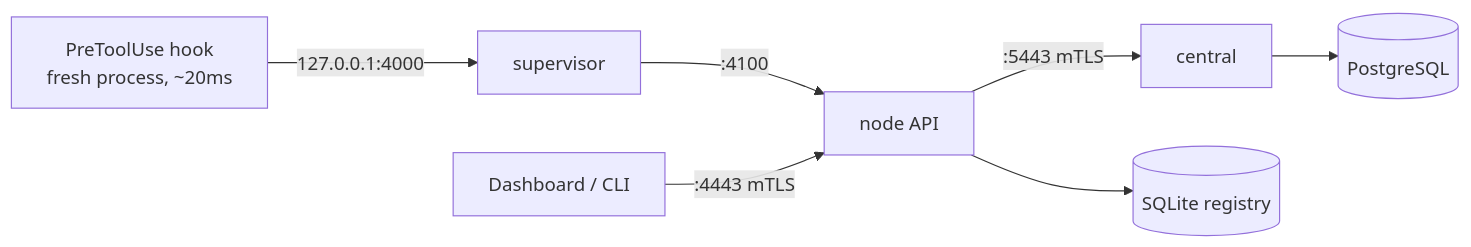
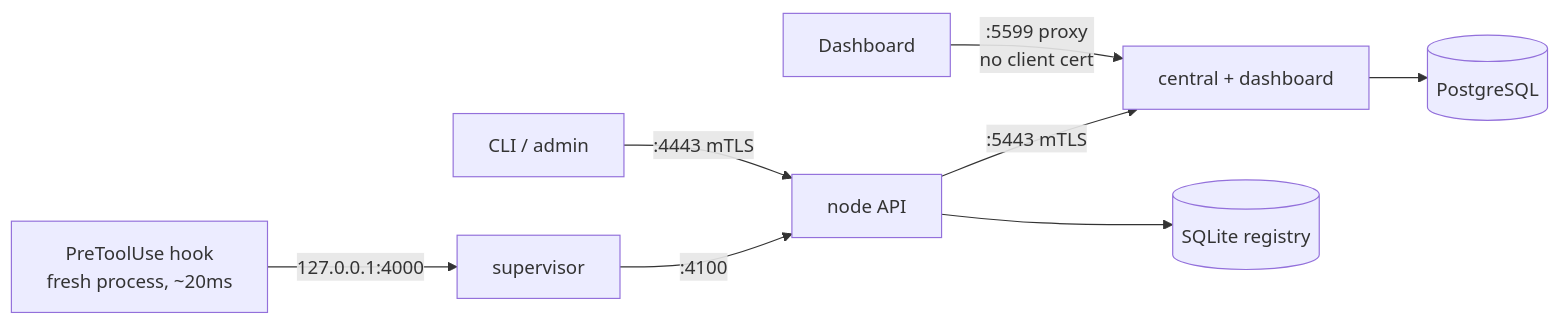
The first of 2 diagrams in docs/architecture.md (ejbrahms/Windrow), drawn with Mermaid before and after one commit. The commit also changed other lines of this file and 5 other files, not shown here.

First line of the commit message:
Update the docs for central-served dashboard and disposable nodes

````diff
--- a/docs/architecture.md
+++ b/docs/architecture.md
@@ -7,9 +7,10 @@
 ```mermaid
 flowchart LR
   Hook[PreToolUse hook<br/>fresh process, ~20ms] -->|127.0.0.1:4000| Sup[supervisor]
   Sup -->|:4100| API[node API]
-  Browser[Dashboard / CLI] -->|:4443 mTLS| API
-  API -->|:5443 mTLS| Central[central]
+  CLI[CLI / admin] -->|:4443 mTLS| API
+  API -->|:5443 mTLS| Central[central + dashboard]
+  Browser[Dashboard] -->|:5599 proxy<br/>no client cert| Central
   Central --> PG[(PostgreSQL)]
   API --> SQLite[(SQLite registry)]
 ```
````
